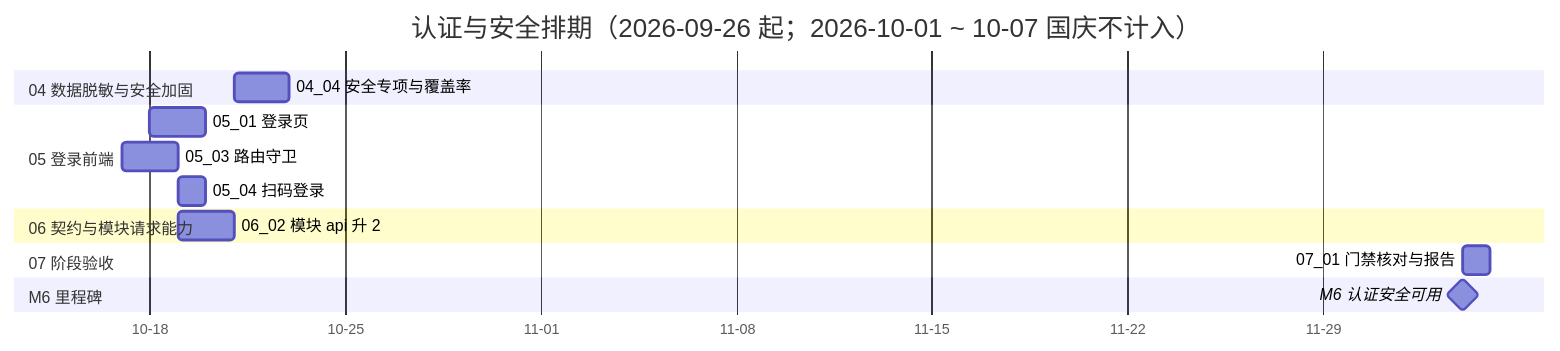
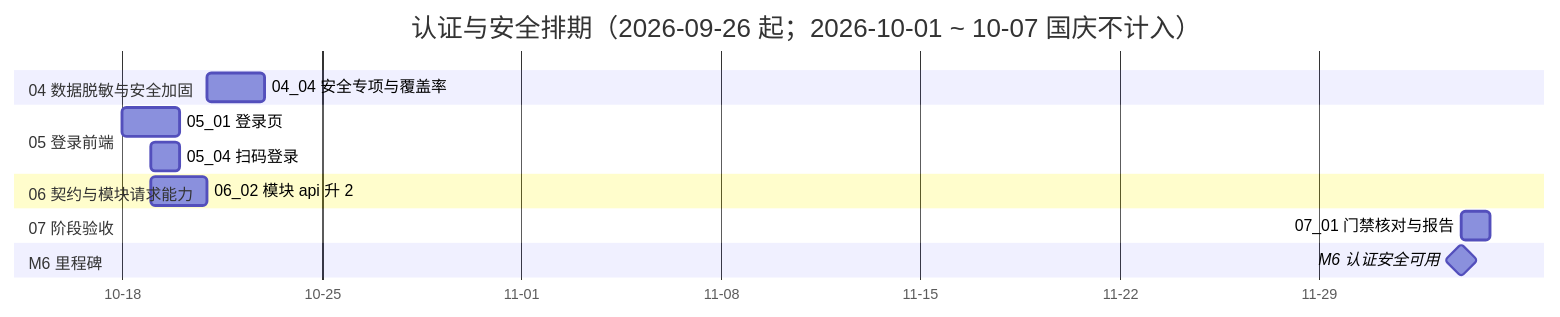
The diagram in bms文档/项目/06_认证与安全/计划/01_计划_认证与安全.md (minjian123/basic-management-system), drawn with Mermaid before and after one commit. The commit also changed other lines of this file and 9 other files, not shown here.

````diff
--- a/bms文档/项目/06_认证与安全/计划/01_计划_认证与安全.md
+++ b/bms文档/项目/06_认证与安全/计划/01_计划_认证与安全.md
@@ -80,18 +81,17 @@
 ```mermaid
 gantt
     title 认证与安全排期（2026-09-26 起；2026-10-01 ~ 10-07 国庆不计入）
     dateFormat  YYYY-MM-DD
     axisFormat %m-%d
     section 04 数据脱敏与安全加固
     04_04 安全专项与覆盖率 :d4, 2026-10-21, 2d
     section 05 登录前端
     05_01 登录页 :e1, 2026-10-18, 2d
-    05_03 路由守卫 :e3, 2026-10-17, 2d
     05_04 扫码登录 :e4, 2026-10-19, 1d
     section 06 契约与模块请求能力
     06_02 模块 api 升 2 :f2, 2026-10-19, 2d
     section 07 阶段验收
     07_01 门禁核对与报告 :g1, 2026-12-04, 1d
     section M6 里程碑
     M6 认证安全可用 :milestone, mm6, 2026-12-04, 0d
 ```
````
